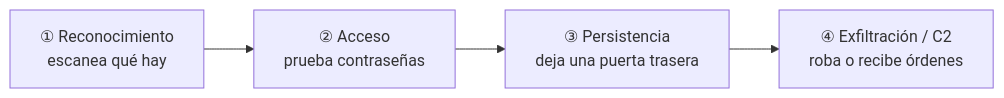
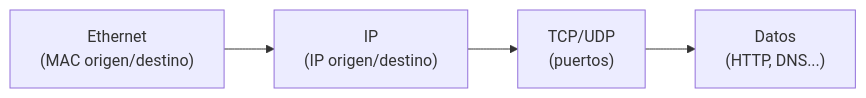
Before and after one commit to algalmo/cybersec2627: the second of 2 diagrams in docs/ud2/index.md, drawn with Mermaid. The commit also changed other lines of this file and 1 other file, not shown here.

````diff
--- a/docs/ud2/index.md
+++ b/docs/ud2/index.md
@@ -209,6 +328,6 @@
 ```mermaid
 flowchart LR
-    R["① Reconocimiento<br/>escanea qué hay"] --> A["② Acceso<br/>prueba contraseñas"]
-    A --> P["③ Persistencia<br/>deja una puerta trasera"]
-    P --> C["④ Exfiltración / C2<br/>roba o recibe órdenes"]
+    E["Ethernet<br/>(MAC origen/destino)"] --> I["IP<br/>(IP origen/destino)"]
+    I --> T["TCP/UDP<br/>(puertos)"]
+    T --> D["Datos<br/>(HTTP, DNS...)"]
 ```
````
